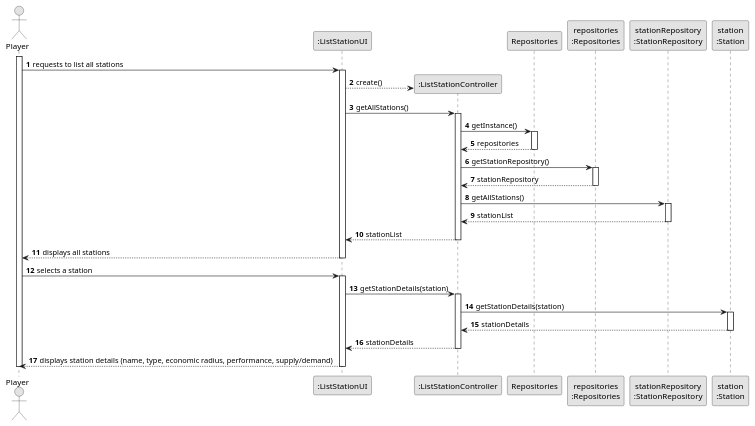
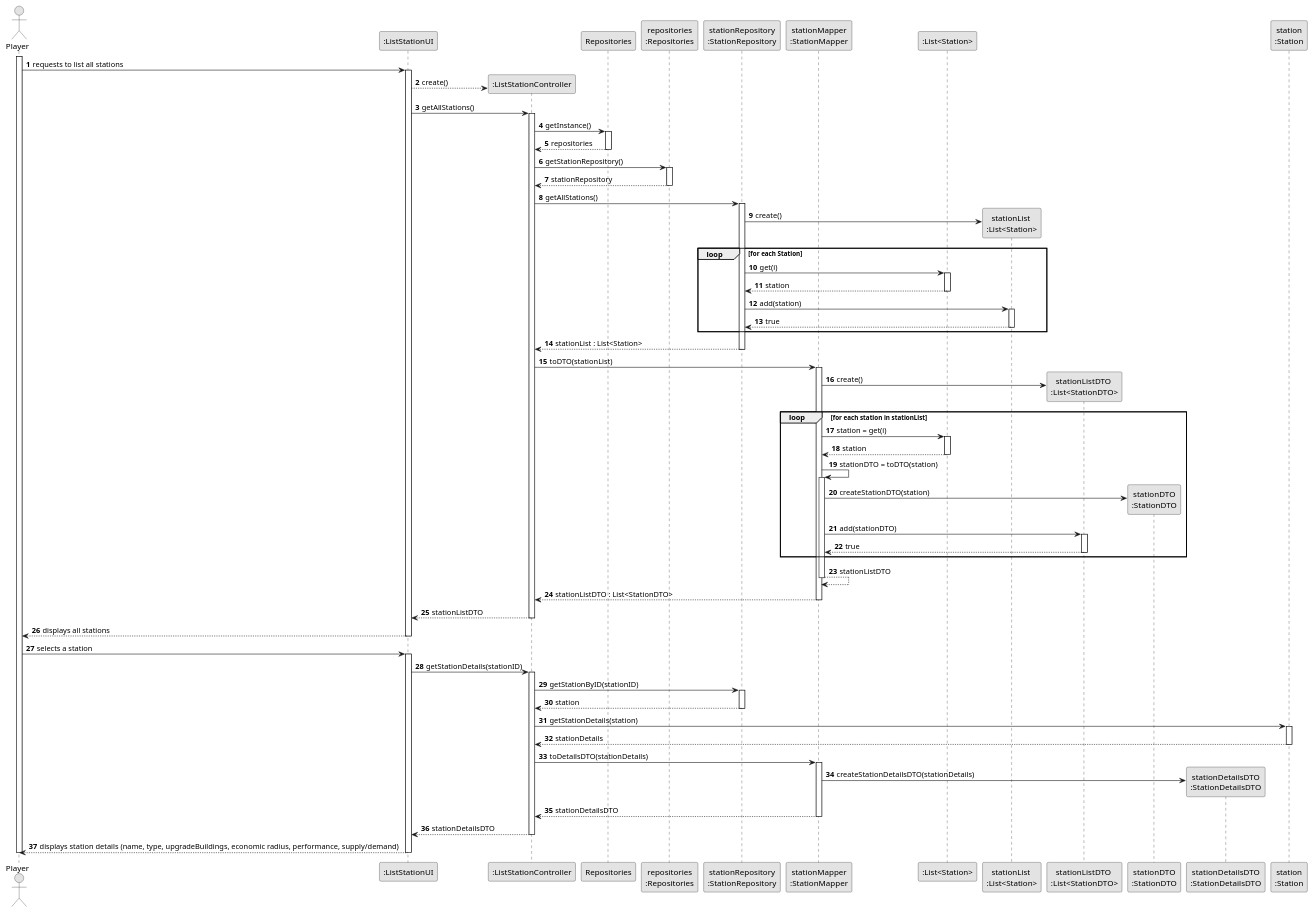
One commit to Educ00/mdisc-2425 changed the diagram in docs/system-documentation/sprint 3/US07/03.design/puml/US07-SD-full.puml. Above: the diagram before and after it, drawn with PlantUML. The commit also changed 4 other files, not shown here.

```diff
--- a/docs/system-documentation/sprint 3/US07/03.design/puml/US07-SD-full.puml
+++ b/docs/system-documentation/sprint 3/US07/03.design/puml/US07-SD-full.puml
@@ -1,68 +1,111 @@
 @startuml
-skinparam monochrome true
-skinparam packageStyle rectangle
-skinparam shadowing false
+    skinparam monochrome true
+    skinparam packageStyle rectangle
+    skinparam shadowing false
 
-autonumber
+    autonumber
 
-actor "Player" as PLAYER
-participant ":ListStationUI" as UI
-participant ":ListStationController" as CTRL
-participant "Repositories" as REPOS
-participant "repositories\n:Repositories" as REPOS_SINGLETON
-participant "stationRepository\n:StationRepository" as STATION_REPO
-participant "station\n:Station" as STATION
+    actor "Player" as PLAYER
+    participant ":ListStationUI" as UI
+    participant ":ListStationController" as CTRL
+    participant "Repositories" as REPOS
+    participant "repositories\n:Repositories" as REPOS_SINGLETON
+    participant "stationRepository\n:StationRepository" as STATION_REPO
+    participant "stationMapper\n:StationMapper" as StationMapper
+    participant ":List<Station>" as ListStation
+    participant "stationList \n:List<Station>" as stationList
+    participant "stationListDTO \n:List<StationDTO>" as StationListDto
+    participant "stationDTO\n:StationDTO" as StationDto
+    participant "stationDetailsDTO\n:StationDetailsDTO" as StationDetailsDto
+    participant "station\n:Station" as STATION
 
-activate PLAYER
+    activate PLAYER
 
     PLAYER -> UI : requests to list all stations
     activate UI
 
-           UI --> CTRL** : create()
+        UI --> CTRL** : create()
 
         UI -> CTRL : getAllStations()
         activate CTRL
 
             CTRL -> REPOS : getInstance()
             activate REPOS
-
                 REPOS --> CTRL : repositories
             deactivate REPOS
 
             CTRL -> REPOS_SINGLETON : getStationRepository()
             activate REPOS_SINGLETON
                 REPOS_SINGLETON --> CTRL : stationRepository
             deactivate REPOS_SINGLETON
 
             CTRL -> STATION_REPO : getAllStations()
             activate STATION_REPO
-                STATION_REPO --> CTRL : stationList
+                STATION_REPO -> stationList ** : create()
+                loop for each Station
+                    STATION_REPO -> ListStation++ : get(i)
+                    ListStation --> STATION_REPO-- : station
+                    STATION_REPO -> stationList++ : add(station)
+                    stationList --> STATION_REPO-- : true
+                end
+                STATION_REPO --> CTRL : stationList : List<Station>
             deactivate STATION_REPO
 
-            CTRL --> UI : stationList
+            CTRL -> StationMapper : toDTO(stationList)
+            activate StationMapper
+                StationMapper -> StationListDto ** : create()
+                loop for each station in stationList
+                    StationMapper -> ListStation : station = get(i)
+                    activate ListStation
+                    ListStation --> StationMapper : station
+                    deactivate ListStation
+                    StationMapper -> StationMapper : stationDTO = toDTO(station)
+                    activate StationMapper
+                    StationMapper -> StationDto** : createStationDTO(station)
+                    StationMapper -> StationListDto : add(stationDTO)
+                    activate StationListDto
+                    StationListDto --> StationMapper : true
+                    deactivate StationListDto
+                end
+                StationMapper --> StationMapper : stationListDTO
+                deactivate StationMapper
+
+            StationMapper --> CTRL : stationListDTO : List<StationDTO>
+            deactivate StationMapper
+
+            CTRL --> UI : stationListDTO
         deactivate CTRL
 
         UI --> PLAYER : displays all stations
     deactivate UI
 
     PLAYER -> UI : selects a station
     activate UI
 
-        UI -> CTRL : getStationDetails(station)
+        UI -> CTRL : getStationDetails(stationID)
         activate CTRL
+
+            CTRL -> STATION_REPO : getStationByID(stationID)
+            activate STATION_REPO
+                STATION_REPO --> CTRL : station
+            deactivate STATION_REPO
 
             CTRL -> STATION : getStationDetails(station)
             activate STATION
-
-                STATION --> CTRL : stationDetails
+            STATION --> CTRL: stationDetails
             deactivate STATION
 
-            CTRL --> UI : stationDetails
+            CTRL -> StationMapper : toDetailsDTO(stationDetails)
+            activate StationMapper
+                StationMapper -> StationDetailsDto** : createStationDetailsDTO(stationDetails)
+                StationMapper --> CTRL : stationDetailsDTO
+            deactivate StationMapper
+
+            CTRL --> UI : stationDetailsDTO
         deactivate CTRL
 
-        UI --> PLAYER : displays station details (name, type, economic radius, performance, supply/demand)
+        UI --> PLAYER : displays station details (name, type, upgradeBuildings, economic radius, performance, supply/demand)
     deactivate UI
 
-deactivate PLAYER
-
-@enduml
+    deactivate PLAYER
+    @enduml
```
